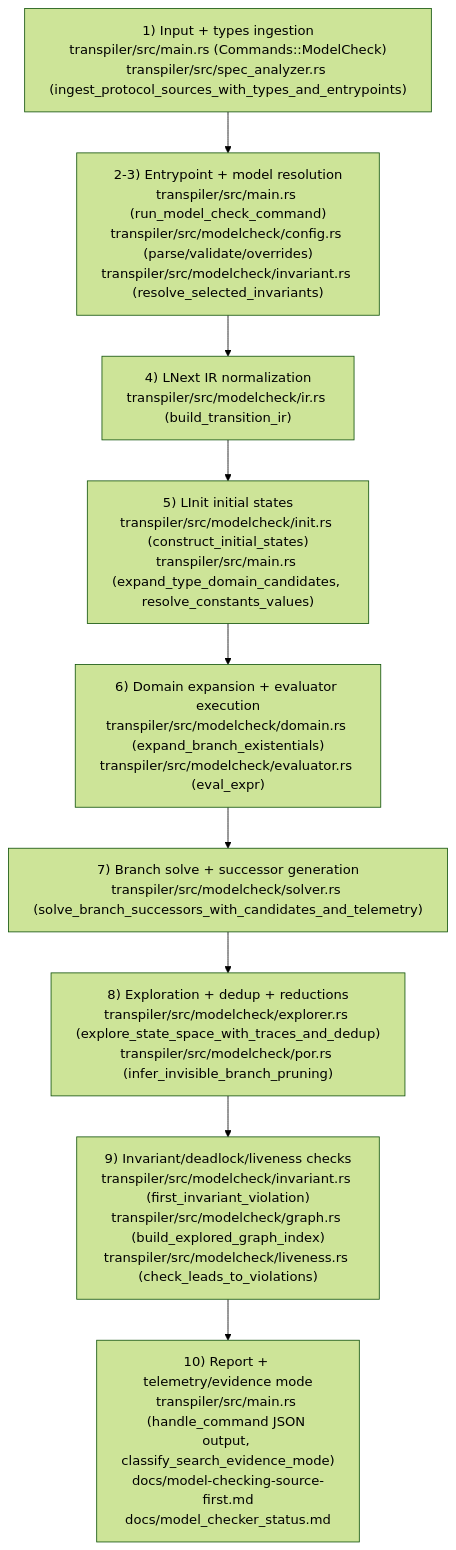
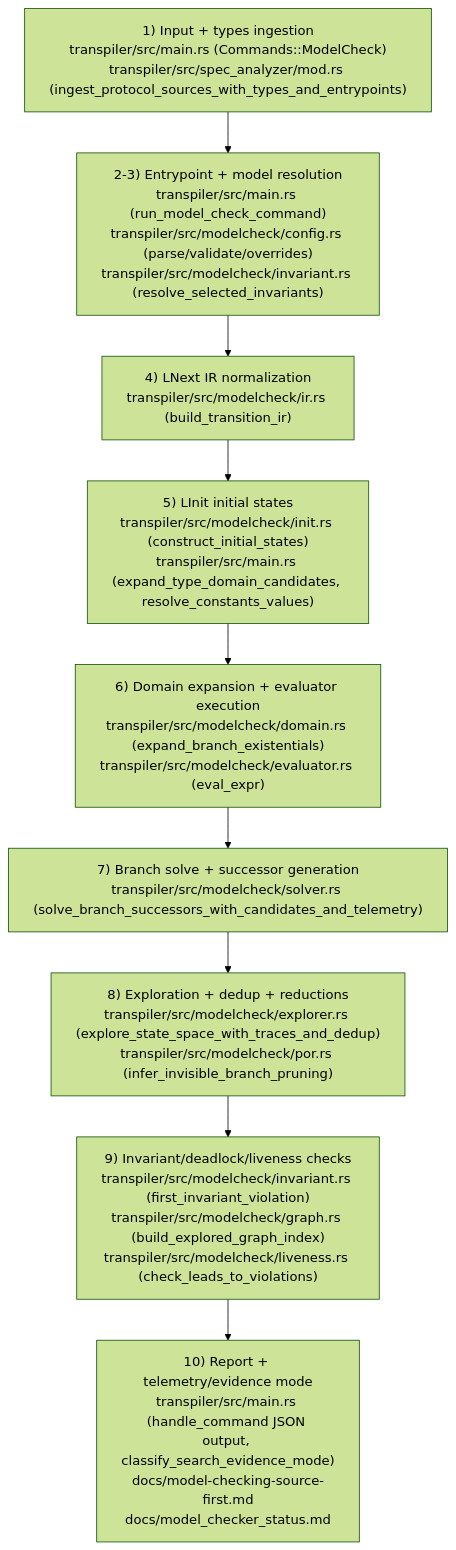
One commit to stonysystems/tla-rs changed the diagram in docs/model-checker-architecture/tlars-source-first-model-checking.md. Above: the diagram before and after it, drawn with Mermaid (forest theme). The commit also changed other lines of this file and 2 other files, not shown here.

````diff
--- a/docs/model-checker-architecture/tlars-source-first-model-checking.md
+++ b/docs/model-checker-architecture/tlars-source-first-model-checking.md
@@ -55,14 +55,14 @@
 ```mermaid
 flowchart TD
-    A["1) Input + types ingestion\ntranspiler/src/main.rs (Commands::ModelCheck)\ntranspiler/src/spec_analyzer.rs (ingest_protocol_sources_with_types_and_entrypoints)"]
+    A["1) Input + types ingestion\ntranspiler/src/main.rs (Commands::ModelCheck)\ntranspiler/src/spec_analyzer/mod.rs (ingest_protocol_sources_with_types_and_entrypoints)"]
     B["2-3) Entrypoint + model resolution\ntranspiler/src/main.rs (run_model_check_command)\ntranspiler/src/modelcheck/config.rs (parse/validate/overrides)\ntranspiler/src/modelcheck/invariant.rs (resolve_selected_invariants)"]
     C["4) LNext IR normalization\ntranspiler/src/modelcheck/ir.rs (build_transition_ir)"]
     D["5) LInit initial states\ntranspiler/src/modelcheck/init.rs (construct_initial_states)\ntranspiler/src/main.rs (expand_type_domain_candidates, resolve_constants_values)"]
     E["6) Domain expansion + evaluator execution\ntranspiler/src/modelcheck/domain.rs (expand_branch_existentials)\ntranspiler/src/modelcheck/evaluator.rs (eval_expr)"]
     F["7) Branch solve + successor generation\ntranspiler/src/modelcheck/solver.rs (solve_branch_successors_with_candidates_and_telemetry)"]
     G["8) Exploration + dedup + reductions\ntranspiler/src/modelcheck/explorer.rs (explore_state_space_with_traces_and_dedup)\ntranspiler/src/modelcheck/por.rs (infer_invisible_branch_pruning)"]
     H["9) Invariant/deadlock/liveness checks\ntranspiler/src/modelcheck/invariant.rs (first_invariant_violation)\ntranspiler/src/modelcheck/graph.rs (build_explored_graph_index)\ntranspiler/src/modelcheck/liveness.rs (check_leads_to_violations)"]
     I["10) Report + telemetry/evidence mode\ntranspiler/src/main.rs (handle_command JSON output, classify_search_evidence_mode)\ndocs/model-checking-source-first.md\ndocs/model_checker_status.md"]
 
     A --> B --> C --> D --> E --> F --> G --> H --> I
 ```
````
